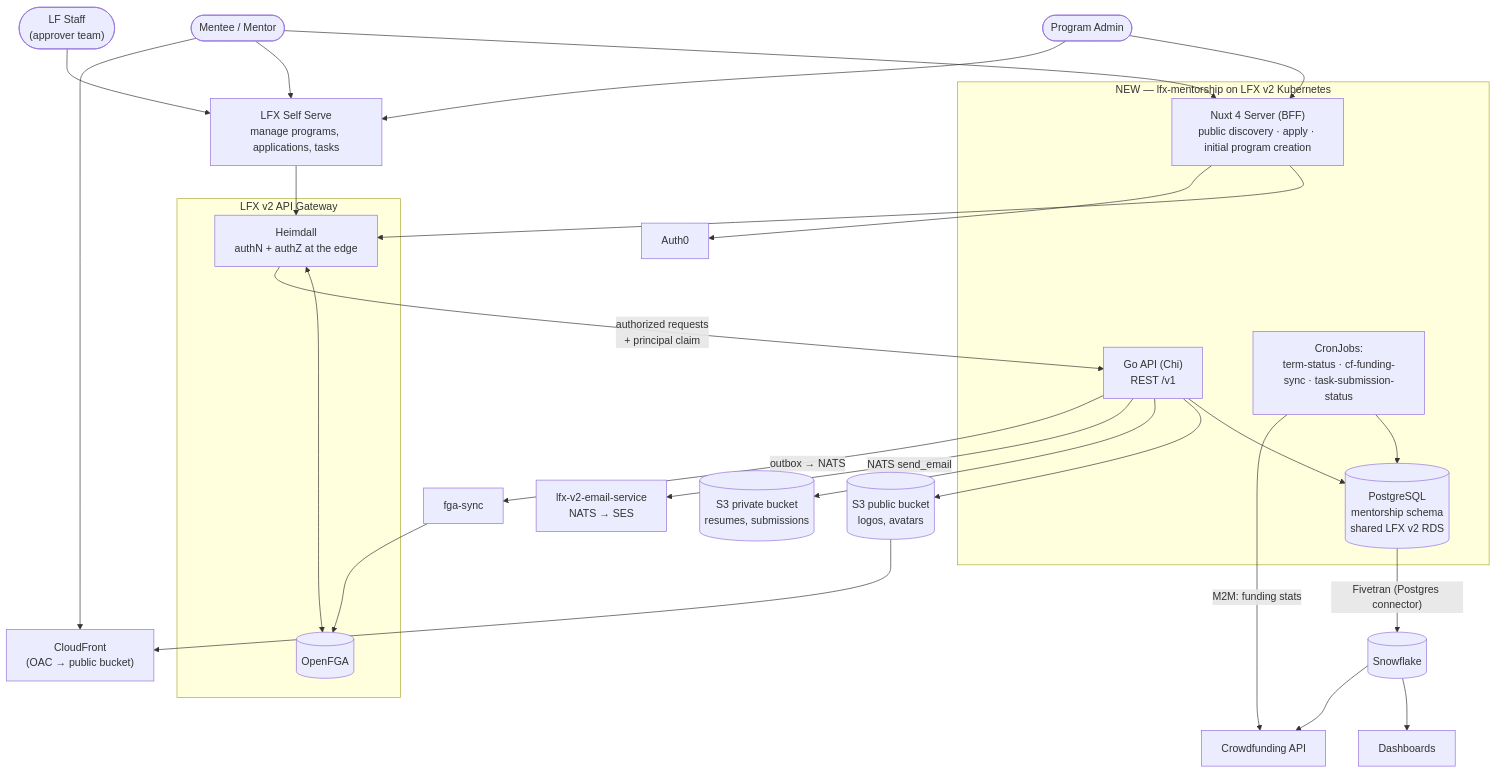
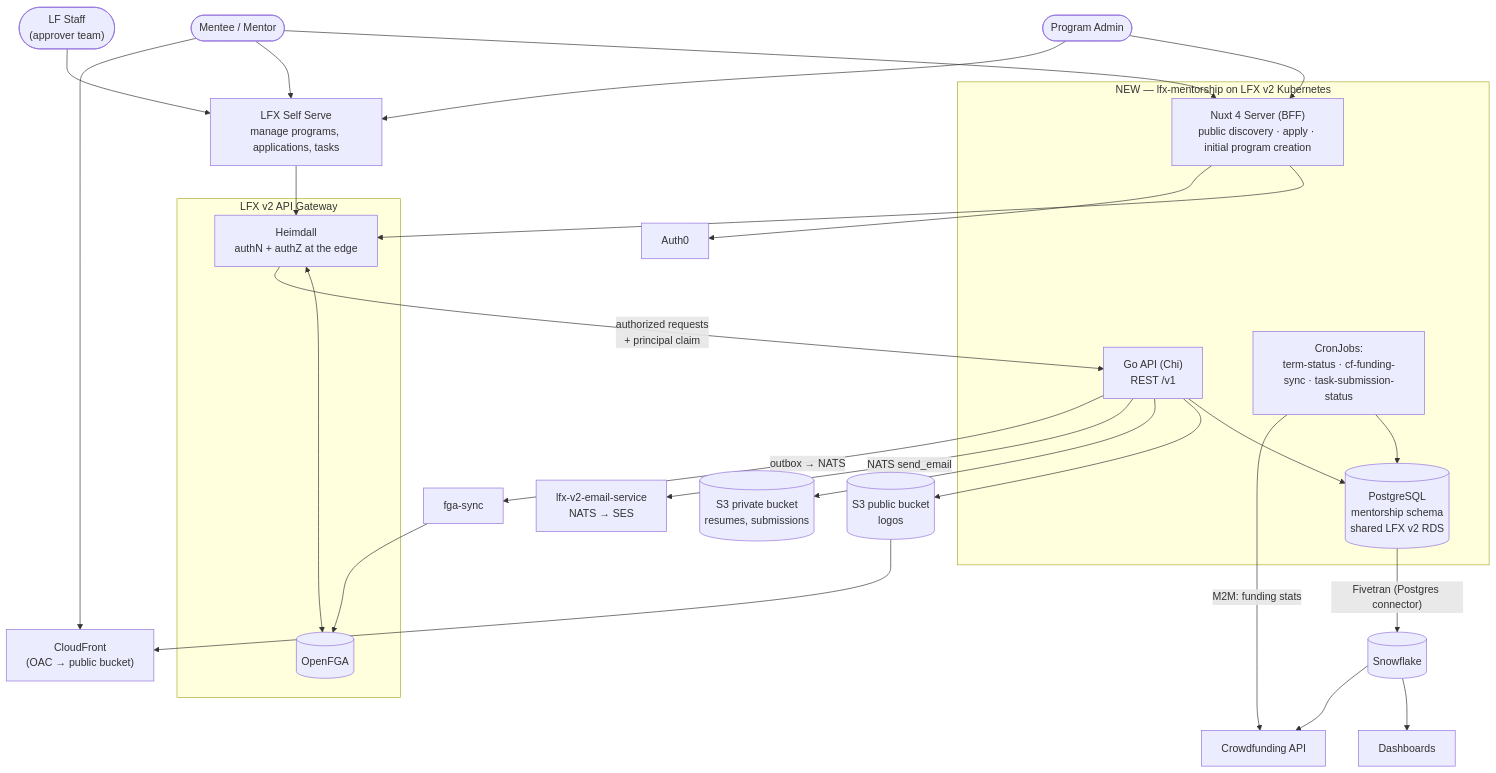
The first of 2 diagrams in docs/rewrite/02-target-architecture.md (linuxfoundation/lfx-mentorship), drawn with Mermaid before and after one commit. The commit also changed other lines of this file and 2 other files, not shown here.

````diff
--- a/docs/rewrite/02-target-architecture.md
+++ b/docs/rewrite/02-target-architecture.md
@@ -22,50 +22,50 @@
 ```mermaid
 flowchart TB
     ADMIN(["Program Admin"])
     USERS(["Mentee / Mentor"])
     SUPER(["LF Staff<br/>(approver team)"])
 
     subgraph GW["LFX v2 API Gateway"]
         HEIMDALL["Heimdall<br/>authN + authZ at the edge"]
         FGA[("OpenFGA")]
     end
 
     subgraph K8S["NEW — lfx-mentorship on LFX v2 Kubernetes"]
         NUXT["Nuxt 4 Server (BFF)<br/>public discovery · apply · initial program creation"]
         API["Go API (Chi)<br/>REST /v1"]
         PG[("PostgreSQL<br/>mentorship schema<br/>shared LFX v2 RDS")]
         CRONS["CronJobs:<br/>term-status · cf-funding-sync · task-submission-status"]
     end
 
     SS["LFX Self Serve<br/>manage programs, applications, tasks"]
     SYNC["fga-sync"]
     AUTH0["Auth0"]
-    S3PUB[("S3 public bucket<br/>logos, avatars")]
+    S3PUB[("S3 public bucket<br/>logos")]
     S3PRIV[("S3 private bucket<br/>resumes, submissions")]
     CDN["CloudFront<br/>(OAC → public bucket)"]
     EMAIL["lfx-v2-email-service<br/>NATS → SES"]
     CFAPI["Crowdfunding API"]
     SF[("Snowflake")]
     DASH["Dashboards"]
 
     ADMIN & USERS --> NUXT
     ADMIN & USERS & SUPER --> SS
     NUXT --> HEIMDALL
     SS --> HEIMDALL
     HEIMDALL <--> FGA
     HEIMDALL -- "authorized requests<br/>+ principal claim" --> API
     NUXT --> AUTH0
     API --> PG
     API --> S3PUB
     API --> S3PRIV
     S3PUB --> CDN
     USERS --> CDN
     API -- "NATS send_email" --> EMAIL
     API -- "outbox → NATS" --> SYNC
     SYNC --> FGA
     CRONS --> PG
     CRONS -- "M2M: funding stats" --> CFAPI
     PG -- "Fivetran (Postgres connector)" --> SF
     SF --> DASH
     SF --> CFAPI
 ```
````
